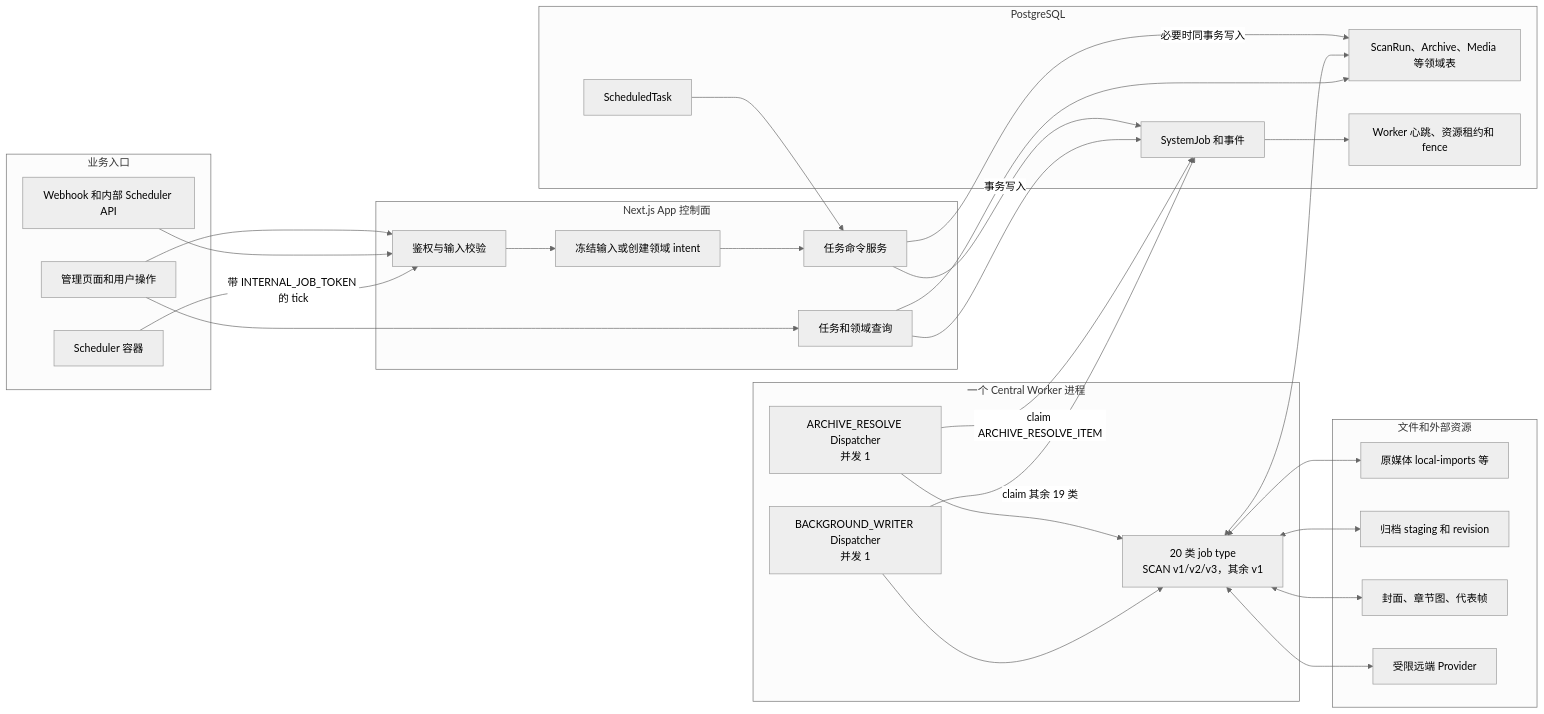
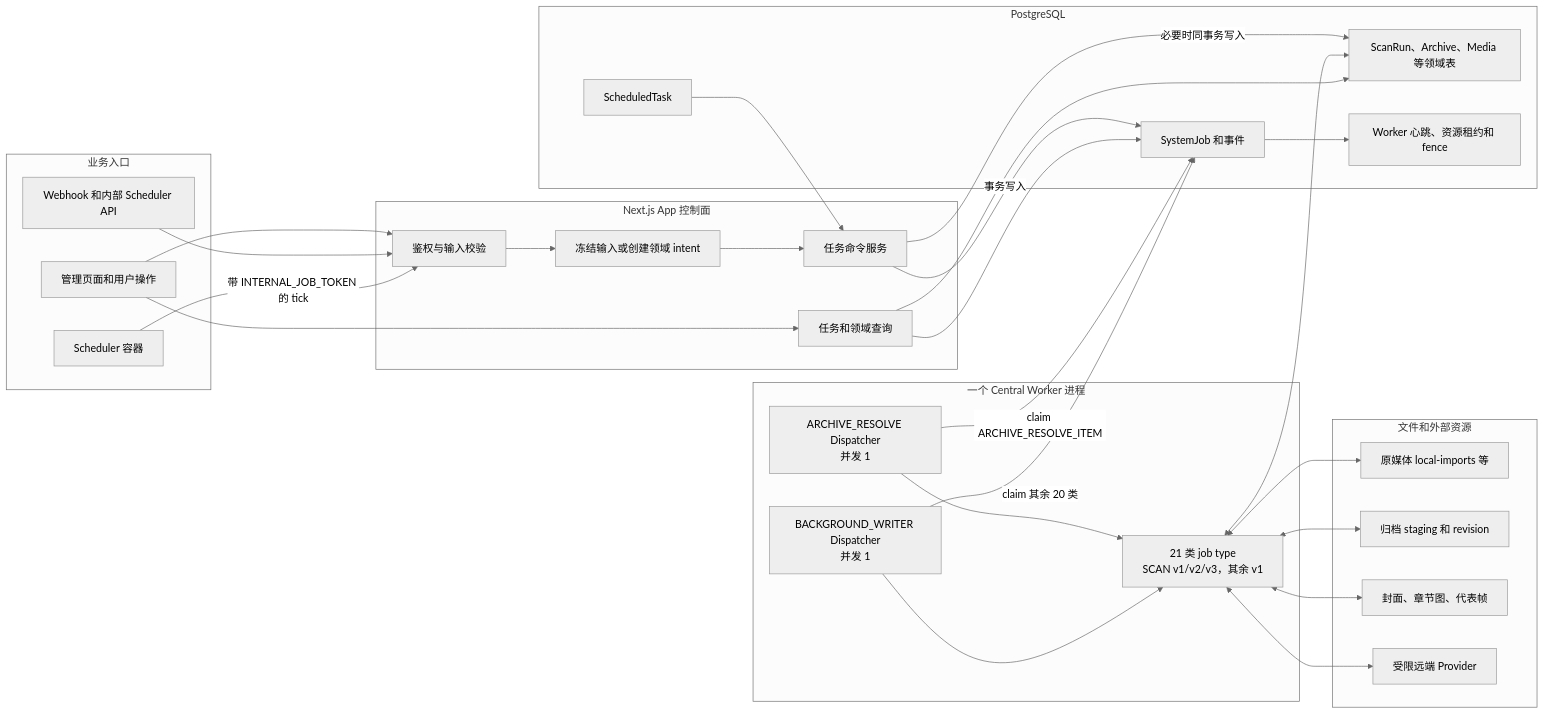
The first of 11 diagrams in docs/architecture/background-job-business-flows.md (namehu/PixiShelf), drawn with Mermaid (neutral theme) before and after one commit. The commit also changed other lines of this file and 66 other files, not shown here.

````diff
--- a/docs/architecture/background-job-business-flows.md
+++ b/docs/architecture/background-job-business-flows.md
@@ -50,56 +50,56 @@
 ```mermaid
 flowchart LR
   subgraph Entry[业务入口]
     UI[管理页面和用户操作]
     API[Webhook 和内部 Scheduler API]
     SCH[Scheduler 容器]
   end
 
   subgraph App[Next.js App 控制面]
     AUTH[鉴权与输入校验]
     SNAP[冻结输入或创建领域 intent]
     CMD[任务命令服务]
     READ[任务和领域查询]
   end
 
   subgraph DB[PostgreSQL]
     TASK[ScheduledTask]
     JOB[SystemJob 和事件]
     DOMAIN[ScanRun、Archive、Media 等领域表]
     LEASE[Worker 心跳、资源租约和 fence]
   end
 
   subgraph Worker[一个 Central Worker 进程]
     RESOLVE[ARCHIVE_RESOLVE Dispatcher\n并发 1]
     WRITER[BACKGROUND_WRITER Dispatcher\n并发 1]
-    EXEC[20 类 job type\nSCAN v1/v2/v3，其余 v1]
+    EXEC[21 类 job type\nSCAN v1/v2/v3，其余 v1]
   end
 
   subgraph Storage[文件和外部资源]
     SOURCE[原媒体 local-imports 等]
     ARCHIVE[归档 staging 和 revision]
     DERIVED[封面、章节图、代表帧]
     REMOTE[受限远端 Provider]
   end
 
   UI --> AUTH
   API --> AUTH
   SCH -->|带 INTERNAL_JOB_TOKEN 的 tick| AUTH
   AUTH --> SNAP --> CMD
   TASK --> CMD
   CMD -->|事务写入| JOB
   CMD -->|必要时同事务写入| DOMAIN
   RESOLVE -->|claim ARCHIVE_RESOLVE_ITEM| JOB
-  WRITER -->|claim 其余 19 类| JOB
+  WRITER -->|claim 其余 20 类| JOB
   JOB --> LEASE
   RESOLVE --> EXEC
   WRITER --> EXEC
   EXEC <--> DOMAIN
   EXEC <--> SOURCE
   EXEC <--> ARCHIVE
   EXEC <--> DERIVED
   EXEC <--> REMOTE
   READ --> JOB
   READ --> DOMAIN
   UI --> READ
 ```
````
